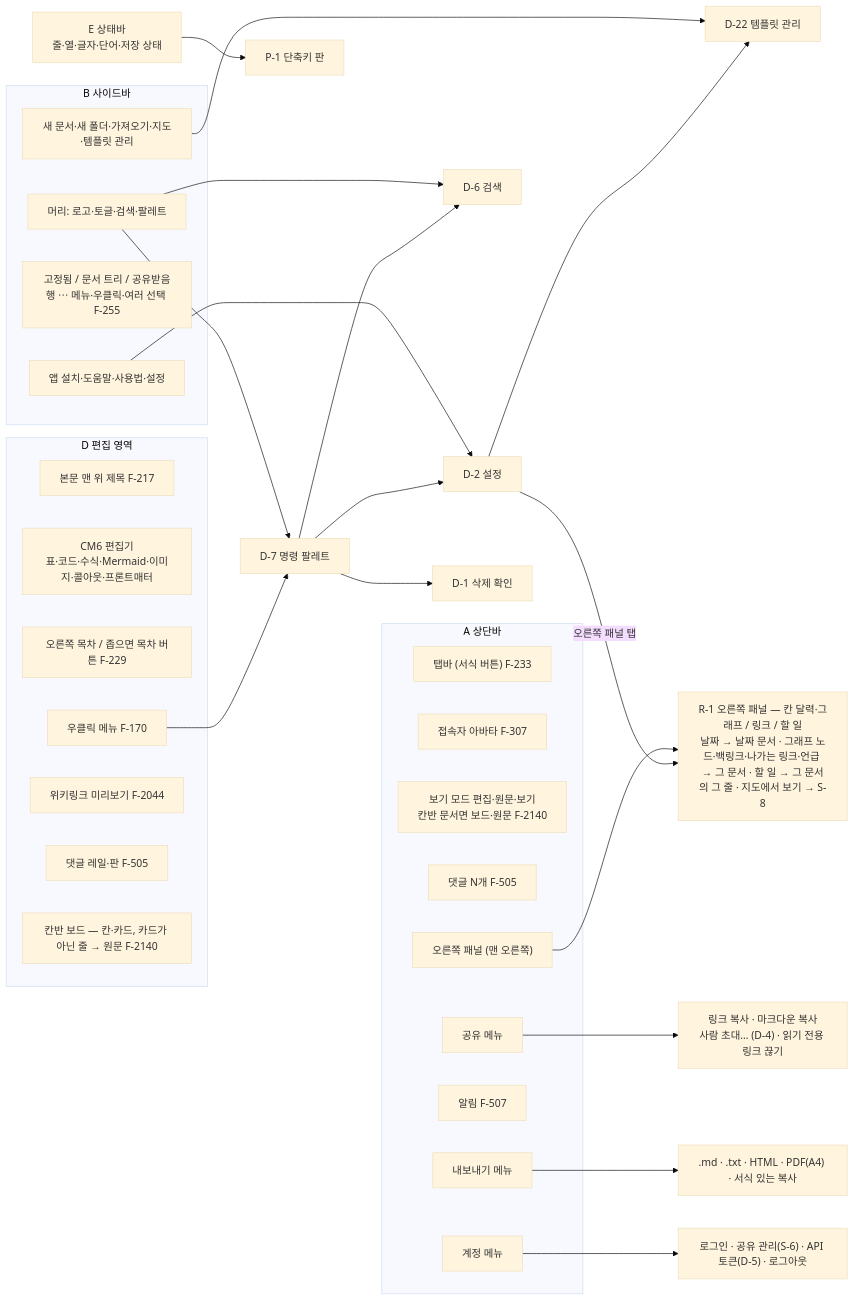
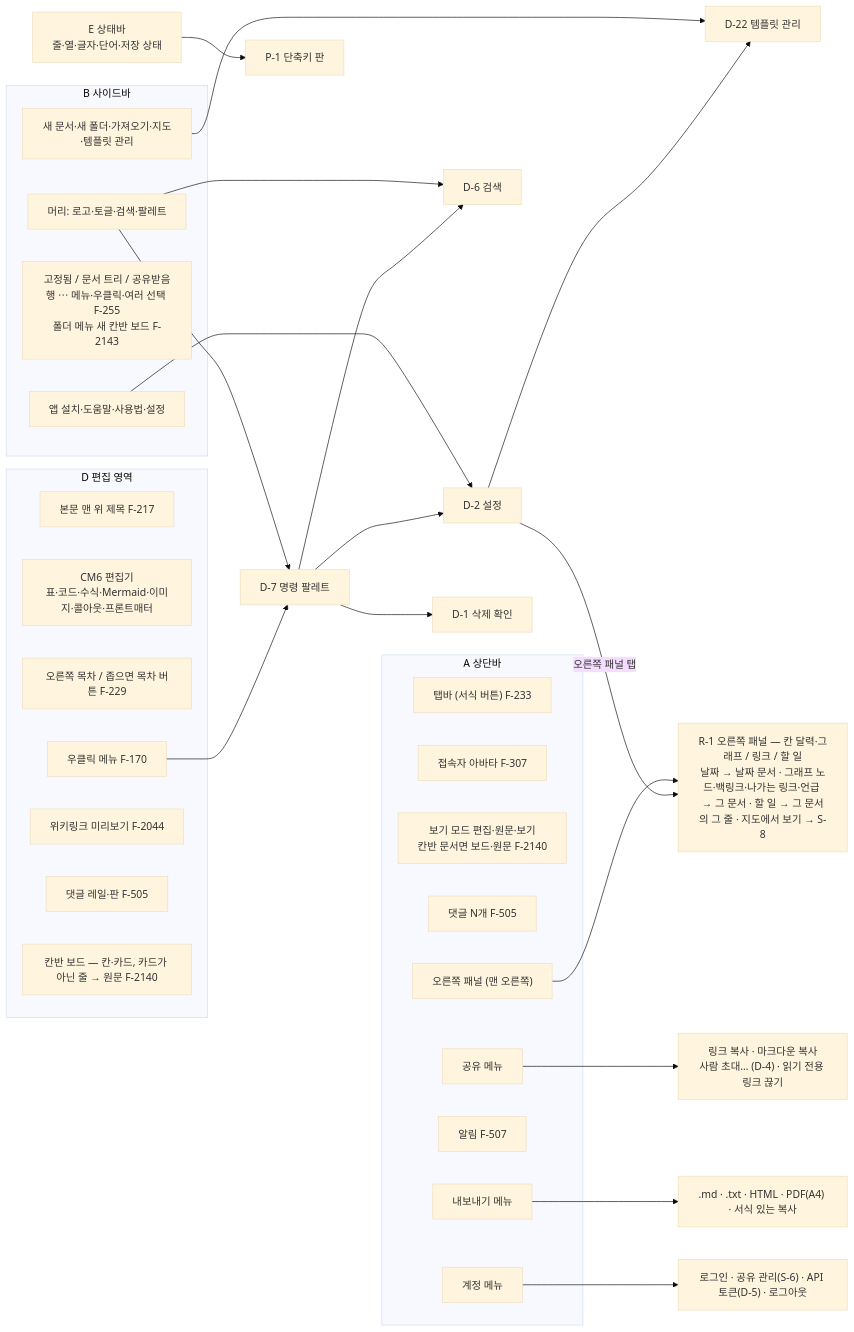
The third of 5 diagrams in specs/map.md (R00neyj/rawdoc), drawn with Mermaid (base theme) before and after one commit. The commit also changed other lines of this file and 17 other files, not shown here.

````diff
--- a/specs/map.md
+++ b/specs/map.md
@@ -68,46 +68,46 @@
 ```mermaid
 flowchart LR
   subgraph A["A 상단바"]
     A1["탭바 (서식 버튼) F-233"]
     A2["접속자 아바타 F-307"]
     A3["보기 모드 편집·원문·보기<br/>칸반 문서면 보드·원문 F-2140"]
     A4["댓글 N개 F-505"]
     A5["공유 메뉴"]
     A6["내보내기 메뉴"]
     A7["알림 F-507"]
     A8["계정 메뉴"]
     A9["오른쪽 패널 (맨 오른쪽)"]
   end
   subgraph B["B 사이드바"]
     B1["머리: 로고·토글·검색·팔레트"]
     B2["새 문서·새 폴더·가져오기·지도·템플릿 관리"]
-    B3["고정됨 / 문서 트리 / 공유받음<br/>행 ⋯ 메뉴·우클릭·여러 선택 F-255"]
+    B3["고정됨 / 문서 트리 / 공유받음<br/>행 ⋯ 메뉴·우클릭·여러 선택 F-255<br/>폴더 메뉴 새 칸반 보드 F-2143"]
     B4["앱 설치·도움말·사용법·설정"]
   end
   subgraph D["D 편집 영역"]
     D1["본문 맨 위 제목 F-217"]
     D2["CM6 편집기<br/>표·코드·수식·Mermaid·이미지·콜아웃·프론트매터"]
     D3["오른쪽 목차 / 좁으면 목차 버튼 F-229"]
     D4["우클릭 메뉴 F-170"]
     D5["위키링크 미리보기 F-2044"]
     D6["댓글 레일·판 F-505"]
     D7["칸반 보드 — 칸·카드, 카드가 아닌 줄 → 원문 F-2140"]
   end
   E["E 상태바<br/>줄·열·글자·단어·저장 상태"]
 
   A5 --> share["링크 복사 · 마크다운 복사<br/>사람 초대… (D-4) · 읽기 전용 링크 끊기"]
   A6 --> export[".md · .txt · HTML · PDF(A4) · 서식 있는 복사"]
   A8 --> account["로그인 · 공유 관리(S-6) · API 토큰(D-5) · 로그아웃"]
   B1 --> D6dlg["D-6 검색"]
   B1 --> D7dlg["D-7 명령 팔레트"]
   B4 --> D2dlg["D-2 설정"]
   B2 --> D22dlg["D-22 템플릿 관리"]
   D2dlg --> D22dlg
   D4 --> D7dlg
   D7dlg --> D1dlg["D-1 삭제 확인"]
   D7dlg --> D2dlg
   D7dlg --> D6dlg
   E --> P1["P-1 단축키 판"]
   A9 --> R1["R-1 오른쪽 패널 — 칸 달력·그래프 / 링크 / 할 일<br/>날짜 → 날짜 문서 · 그래프 노드·백링크·나가는 링크·언급 → 그 문서 · 할 일 → 그 문서의 그 줄 · 지도에서 보기 → S-8"]
   D2dlg -- "오른쪽 패널 탭" --> R1
 ```
````
